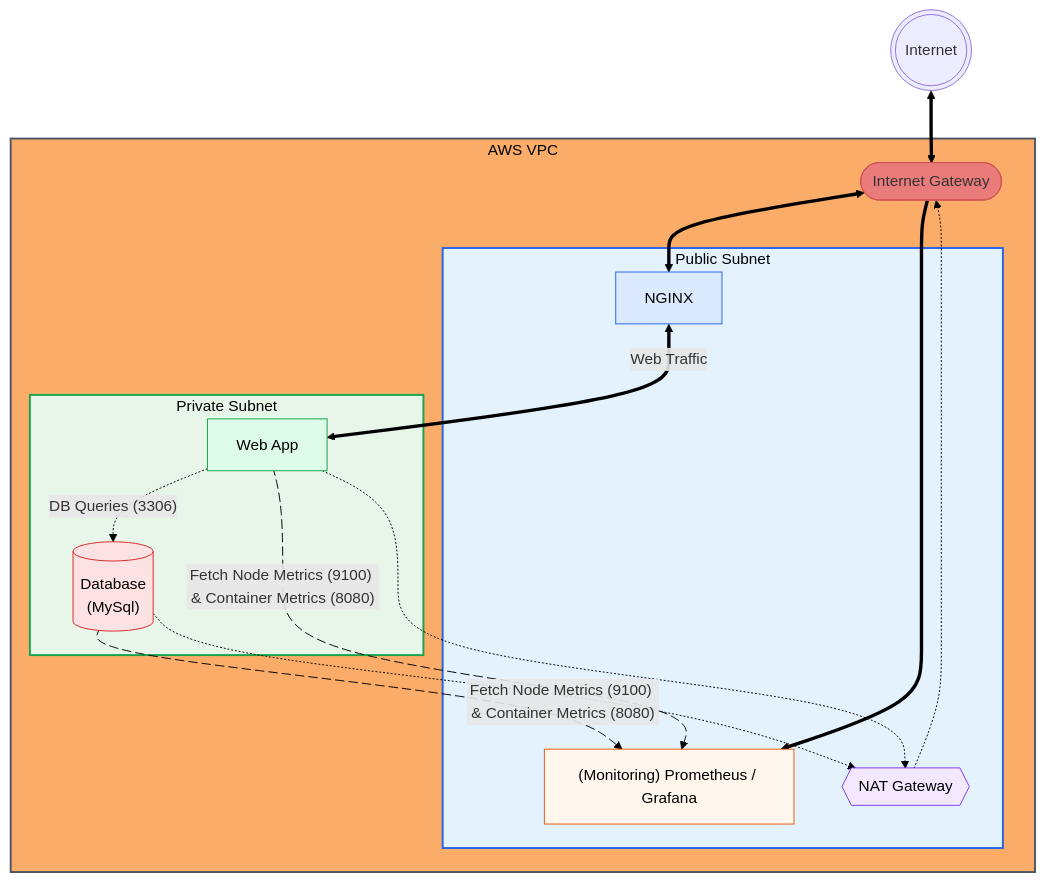
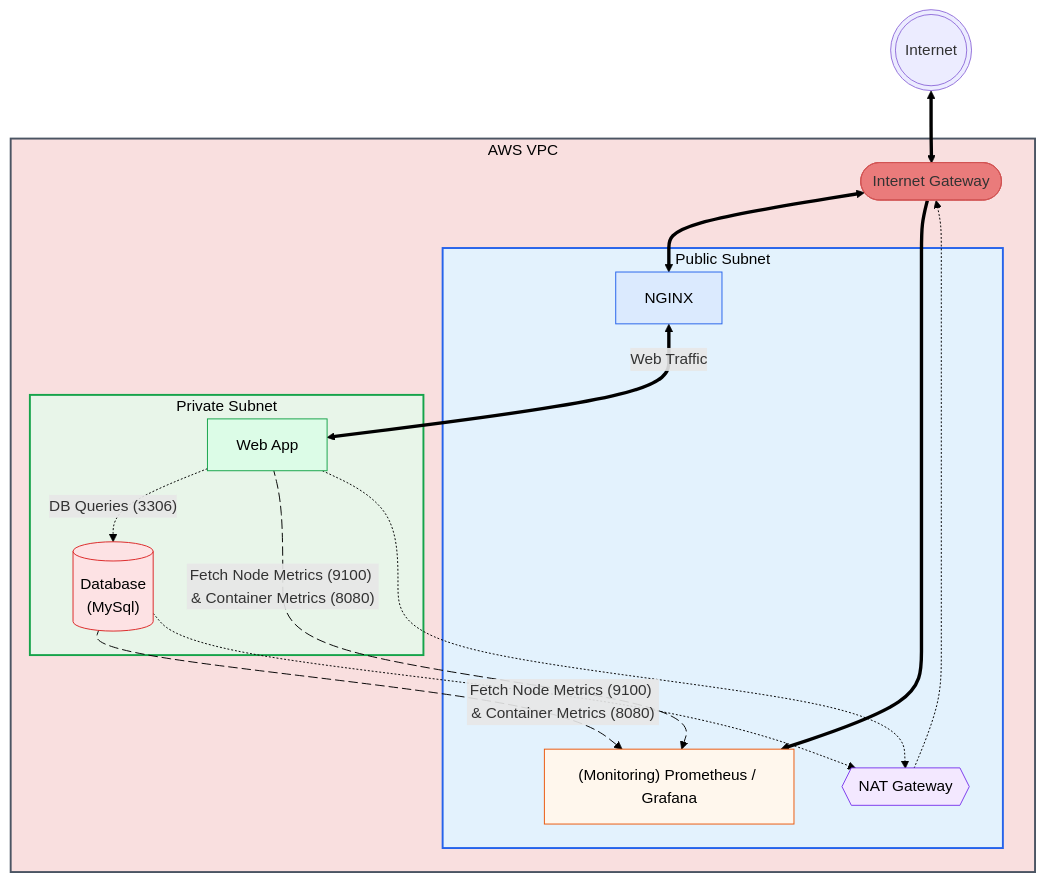
One commit to Jazzar101/learning-terraform-3087701 changed the diagram in README.md. Above: the diagram before and after it, drawn with Mermaid.

Commit message:
changed styling

````diff
--- a/README.md
+++ b/README.md
@@ -6,56 +6,57 @@
 ```mermaid
 flowchart TB
     Internet(((Internet)))
     subgraph VPC[AWS VPC]
         IGW([Internet Gateway])
         subgraph PublicSubnet[Public Subnet]
             NAT{{NAT Gateway}}
             NGINX[NGINX]
             Monitoring["(Monitoring) Prometheus / Grafana"]
         end
 
         subgraph PrivateSubnet[Private Subnet]
             App[Web App]
             DB[("Database\n(MySql)")]
         end
     end
 
     Internet <==> IGW
     IGW <==> NGINX
     NGINX <==>|Web Traffic| App
     App -.->|"DB Queries (3306)"| DB
     IGW ==> Monitoring
 
     App metricsApp@-->|"Fetch Node Metrics (9100) & Container Metrics (8080)"| Monitoring
     DB metricsDB@-->|"Fetch Node Metrics (9100) & Container Metrics (8080)"| Monitoring
 
     App -.-> NAT
     DB -.-> NAT
     NAT -.-> IGW
     
     metricsApp@{ animation: slow }    
     metricsDB@{ animation: slow }
 
     %% Node-only styling (GitHub safe)
     classDef ingress fill:#dbeafe,stroke:#2563eb,color:#000000
     classDef monitoring fill:#fff7ed,stroke:#ea580c,color:#000000
     classDef nat fill:#f3e8ff,stroke:#7c3aed,color:#000000
     classDef app fill:#dcfce7,stroke:#16a34a,color:#000000
     classDef db fill:#fde2e4,stroke:#dc2626,color:#000000
     classDef igw fill:#EA7B7B,stroke:#D25353,color:#00000
     classDef PublicSubnet fill:#e3f2fd,stroke:#2563eb
     classDef PrivateSubnet fill:#e8f5e9,stroke:#16a34a    
+    classDef VPC fill:#F9DFDF,stroke:#4b5563,stroke-width:2px,color:#000000
 
-    style VPC fill:#FAAC68,stroke:#4b5563,stroke-width:2px,color:#000000
+    style VPC fill:#F9DFDF,stroke:#4b5563,stroke-width:2px,color:#000000
     style PublicSubnet fill:#e3f2fd,stroke:#2563eb,stroke-width:2px,color:#000000
     style PrivateSubnet fill:#e8f5e9,stroke:#16a34a,stroke-width:2px,color:#000000
 
     linkStyle default stroke:#000
 
     class NGINX ingress
     class Monitoring monitoring
     class NAT nat
     class App app
     class DB db
     class IGW igw
 ```
````
